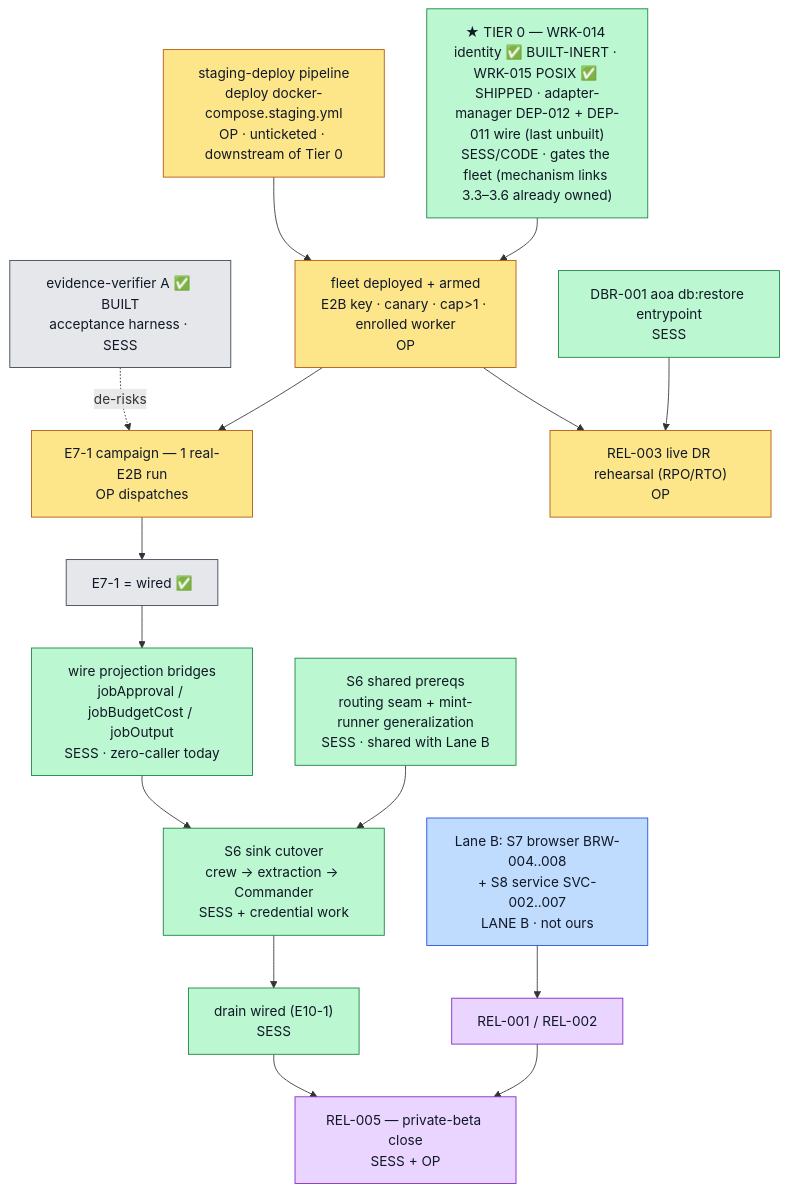
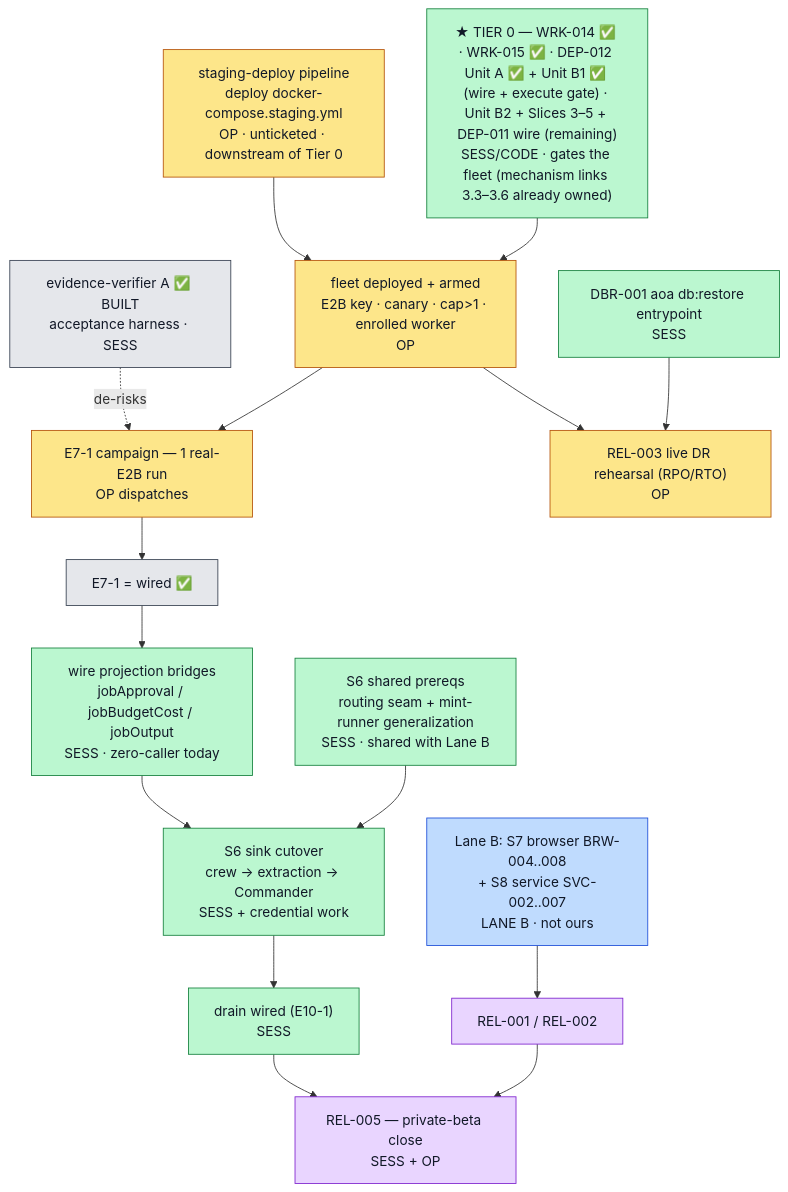
One commit to MeteoriteLabs/AoA changed the diagram in docs/replatform/GO-BOOK.md. Above: the diagram before and after it, drawn with Mermaid. The commit also changed other lines of this file, not shown here.

First line of the commit message:
docs(go-book): truth pass — DEP-012 Unit A + B1 shipped, Unit B2 next

````diff
--- a/docs/replatform/GO-BOOK.md
+++ b/docs/replatform/GO-BOOK.md
@@ -186,34 +186,34 @@
 ```mermaid
 flowchart TD
   V["evidence-verifier A ✅ BUILT<br/>acceptance harness · SESS"]:::done
   C0["staging-deploy pipeline<br/>deploy docker-compose.staging.yml<br/>OP · unticketed · downstream of Tier 0"]:::op
-  D11["★ TIER 0 — WRK-014 identity ✅ BUILT-INERT · WRK-015 POSIX ✅ SHIPPED · adapter-manager DEP-012 + DEP-011 wire (last unbuilt)<br/>SESS/CODE · gates the fleet (mechanism links 3.3–3.6 already owned)"]:::sess
+  D11["★ TIER 0 — WRK-014 ✅ · WRK-015 ✅ · DEP-012 Unit A ✅ + Unit B1 ✅ (wire + execute gate) · Unit B2 + Slices 3–5 + DEP-011 wire (remaining)<br/>SESS/CODE · gates the fleet (mechanism links 3.3–3.6 already owned)"]:::sess
   C2["fleet deployed + armed<br/>E2B key · canary · cap&gt;1 · enrolled worker<br/>OP"]:::op
   C3["E7-1 campaign — 1 real-E2B run<br/>OP dispatches"]:::op
   CW["E7-1 = wired ✅"]:::done
   BR["wire projection bridges<br/>jobApproval / jobBudgetCost / jobOutput<br/>SESS · zero-caller today"]:::sess
   RT["S6 shared prereqs<br/>routing seam + mint-runner generalization<br/>SESS · shared with Lane B"]:::sess
   SK["S6 sink cutover<br/>crew → extraction → Commander<br/>SESS + credential work"]:::sess
   DR["drain wired (E10-1)<br/>SESS"]:::sess
   R5["REL-005 — private-beta close<br/>SESS + OP"]:::mix
   LB["Lane B: S7 browser BRW-004..008<br/>+ S8 service SVC-002..007<br/>LANE B · not ours"]:::laneb
   R1["REL-001 / REL-002"]:::mix
   DBR["DBR-001 aoa db:restore entrypoint<br/>SESS"]:::sess
   R3["REL-003 live DR rehearsal (RPO/RTO)<br/>OP"]:::op
 
   V -.->|de-risks| C3
   C0 --> C2
   D11 --> C2
   C2 --> C3 --> CW --> BR --> SK
   RT --> SK
   SK --> DR --> R5
   LB --> R1 --> R5
   DBR --> R3
   C2 --> R3
 
   classDef op fill:#fde68a,stroke:#b45309,color:#111827;
   classDef sess fill:#bbf7d0,stroke:#15803d,color:#111827;
   classDef laneb fill:#bfdbfe,stroke:#1d4ed8,color:#111827;
   classDef done fill:#e5e7eb,stroke:#374151,color:#111827;
   classDef mix fill:#e9d5ff,stroke:#7e22ce,color:#111827;
 ```
````
